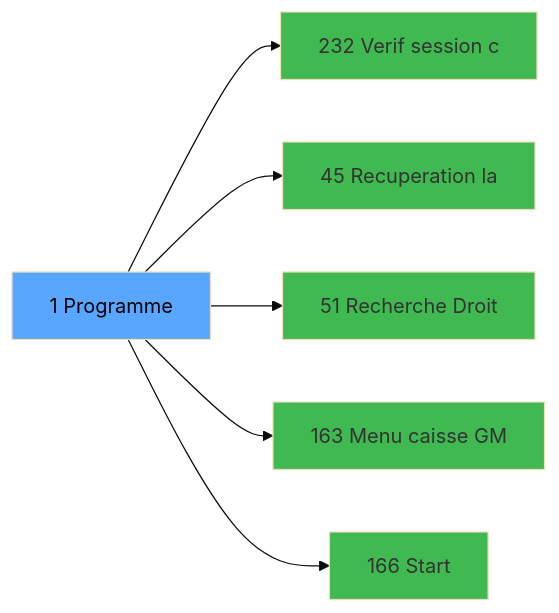
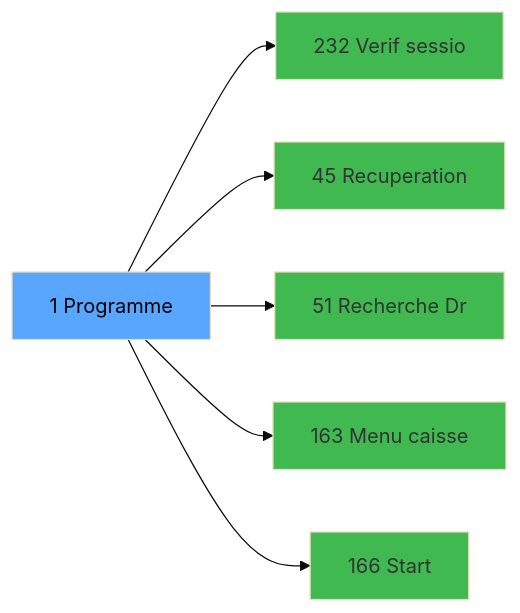
The third of 3 diagrams in .openspec/specs/ADH-IDE-1.md (thonyAGP/magic-migration), drawn with Mermaid (base theme) before and after one commit. The commit also changed other lines of this file and 323 other files, not shown here.

````diff
--- a/.openspec/specs/ADH-IDE-1.md
+++ b/.openspec/specs/ADH-IDE-1.md
@@ -116,20 +141,20 @@
 ```mermaid
 graph LR
     T[1 Programme]
-    C232[232 Verif session c]
+    C232[232 Verif sessio]
     T --> C232
-    C45[45 Recuperation la]
+    C45[45 Recuperation]
     T --> C45
-    C51[51 Recherche Droit]
+    C51[51 Recherche Dr]
     T --> C51
-    C163[163 Menu caisse GM ]
+    C163[163 Menu caisse ]
     T --> C163
     C166[166 Start]
     T --> C166
     style T fill:#58a6ff,color:#000
     style C232 fill:#3fb950
     style C45 fill:#3fb950
     style C51 fill:#3fb950
     style C163 fill:#3fb950
     style C166 fill:#3fb950
 ```
````
